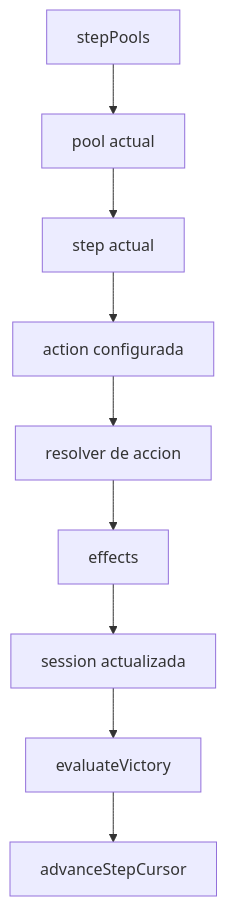
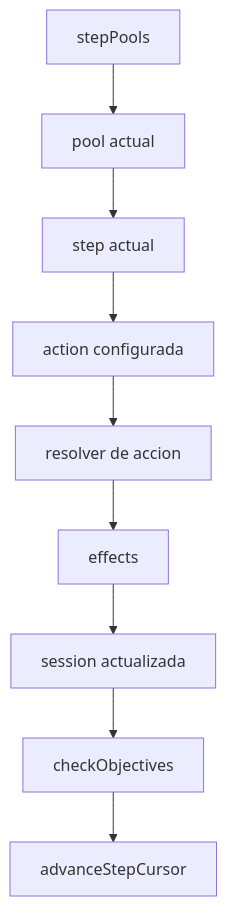
The first of 2 diagrams in docs/phase_flow_recovered.md (juanramonmorandeira/castronegro-director), drawn with Mermaid before and after one commit. The commit also changed other lines of this file and 28 other files, not shown here.

````diff
--- a/docs/phase_flow_recovered.md
+++ b/docs/phase_flow_recovered.md
@@ -34,11 +34,11 @@
 ```mermaid
 flowchart TD
   A[stepPools] --> B[pool actual]
   B --> C[step actual]
   C --> D[action configurada]
   D --> E[resolver de accion]
   E --> F[effects]
   F --> G[session actualizada]
-  G --> H[evaluateVictory]
+  G --> H[checkObjectives]
   H --> I[advanceStepCursor]
 ```
````
